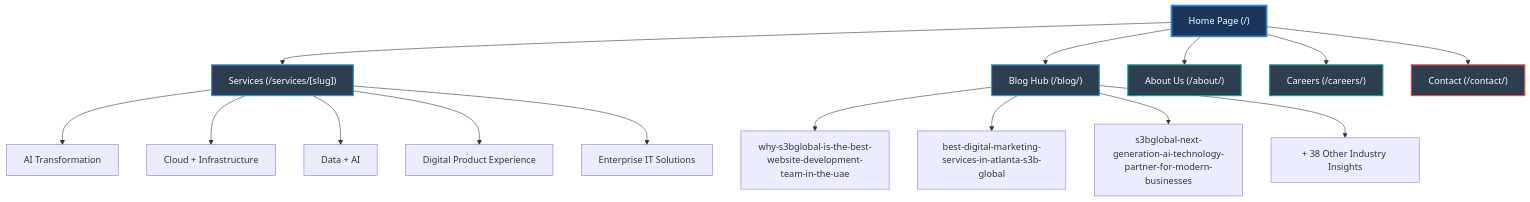
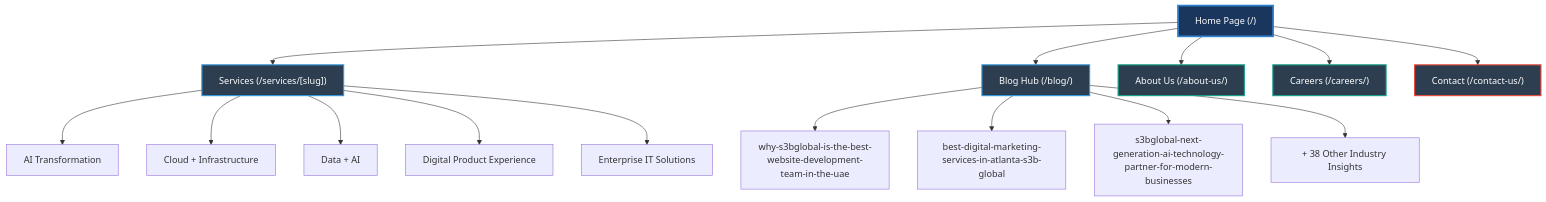
The diagram in sitemap_architecture.md (Puneet-3/S3B-Global), drawn with Mermaid before and after one commit. The commit also changed other lines of this file and 19 other files, not shown here.

````diff
--- a/sitemap_architecture.md
+++ b/sitemap_architecture.md
@@ -11,50 +11,50 @@
 ```mermaid
 graph TD
     %% Base Site Hierarchy
     Home["Home Page (/)"]
     
     %% Main Sections
     Services["Services (/services/[slug])"]
     Blog["Blog Hub (/blog/)"]
-    About["About Us (/about/)"]
+    About["About Us (/about-us/)"]
     Careers["Careers (/careers/)"]
-    Contact["Contact (/contact/)"]
+    Contact["Contact (/contact-us/)"]
     
     Home --> Services
     Home --> Blog
     Home --> About
     Home --> Careers
     Home --> Contact
     
     %% Services Subpages
     AITrans["AI Transformation"]
     CloudInfra["Cloud + Infrastructure"]
     DataAI["Data + AI"]
     DigitalProd["Digital Product Experience"]
     EnterpriseServ["Enterprise IT Solutions"]
     
     Services --> AITrans
     Services --> CloudInfra
     Services --> DataAI
     Services --> DigitalProd
     Services --> EnterpriseServ
     
     %% Blog Subpages
     Post1["why-s3bglobal-is-the-best-website-development-team-in-the-uae"]
     Post2["best-digital-marketing-services-in-atlanta-s3b-global"]
     Post3["s3bglobal-next-generation-ai-technology-partner-for-modern-businesses"]
     PostMore["+ 38 Other Industry Insights"]
     
     Blog --> Post1
     Blog --> Post2
     Blog --> Post3
     Blog --> PostMore
     
     %% Formatting Styles
     style Home fill:#1A365D,stroke:#3182CE,stroke-width:3px,color:#FFF
     style Services fill:#2C3E50,stroke:#3498DB,stroke-width:2px,color:#FFF
     style Blog fill:#2C3E50,stroke:#3498DB,stroke-width:2px,color:#FFF
     style About fill:#2C3E50,stroke:#16A085,stroke-width:2px,color:#FFF
     style Careers fill:#2C3E50,stroke:#16A085,stroke-width:2px,color:#FFF
     style Contact fill:#2C3E50,stroke:#E74C3C,stroke-width:2px,color:#FFF
 ```
````
